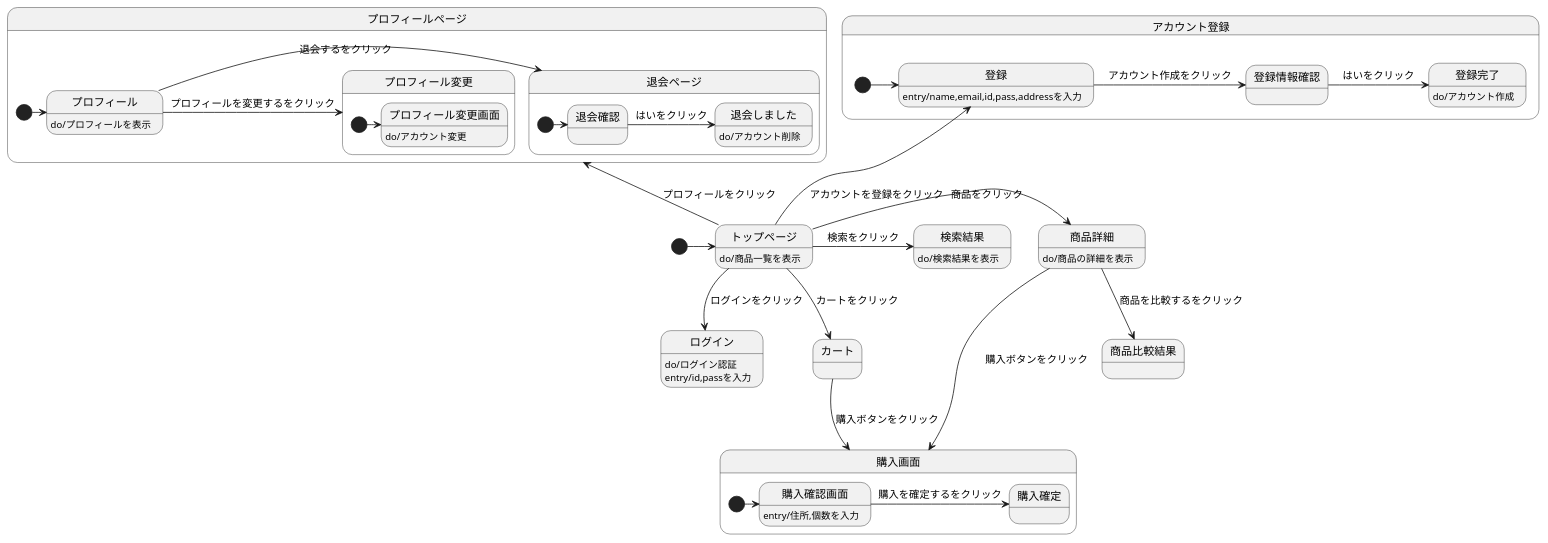
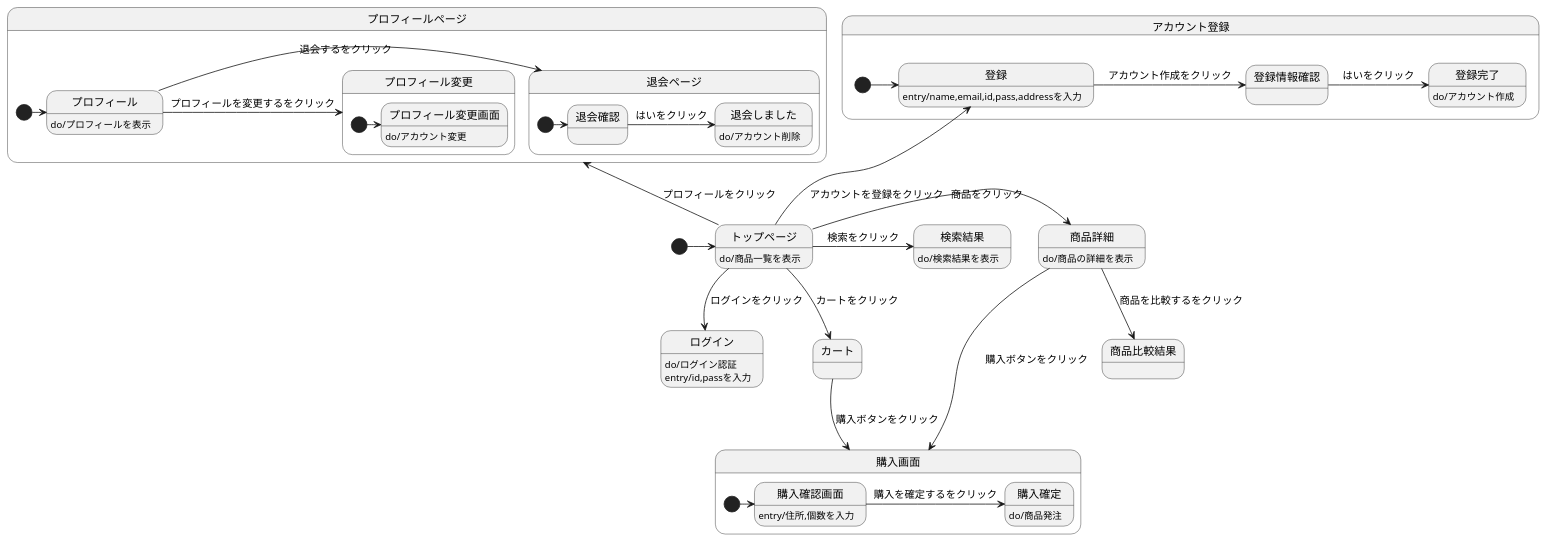
One commit to Aso2001159/2021sys-design changed the diagram in stm01.md. Above: the diagram before and after it, drawn with PlantUML.

````diff
--- a/stm01.md
+++ b/stm01.md
@@ -1,48 +1,49 @@
 ```uml
 
 @startuml
 [*]->トップページ
 トップページ : do/商品一覧を表示
 トップページ->商品詳細 : 商品をクリック
   商品詳細 : do/商品の詳細を表示
   商品詳細 --> 商品比較結果 : 商品を比較するをクリック
   商品詳細-> 購入画面 :　購入ボタンをクリック
 トップページ-down->ログイン :ログインをクリック
   ログイン : do/ログイン認証
   ログイン : entry/id,passを入力
 トップページ-->カート :カートをクリック
 カート --> 購入画面 : 購入ボタンをクリック
 state 購入画面{
   [*]-> 購入確認画面
   購入確認画面 : entry/住所,個数を入力
   購入確認画面 -> 購入確定 : 購入を確定するをクリック
+  購入確定 : do/商品発注
 }
 state アカウント登録{
 [*]-> 登録 
   トップページ-up-> 登録 :アカウントを登録をクリック
   登録 : entry/name,email,id,pass,addressを入力
   登録 ->登録情報確認: アカウント作成をクリック
   登録情報確認 -> 登録完了: はいをクリック
     登録完了: do/アカウント作成
   }
 トップページ->検索結果 :検索をクリック
   検索結果 : do/検索結果を表示
 トップページ-up->プロフィールページ :プロフィールをクリック
 state プロフィールページ{
 [*] -> プロフィール
 プロフィール : do/プロフィールを表示
   プロフィール ->退会ページ :退会するをクリック
   state 退会ページ{
     [*]-> 退会確認 
     退会確認-> 退会しました : はいをクリック
       退会しました : do/アカウント削除
     }
     プロフィール -> プロフィール変更 : プロフィールを変更するをクリック
     state プロフィール変更{
       [*]-> プロフィール変更画面
       プロフィール変更画面 : do/アカウント変更
     }
  }
 @enduml
 
 ```
````
